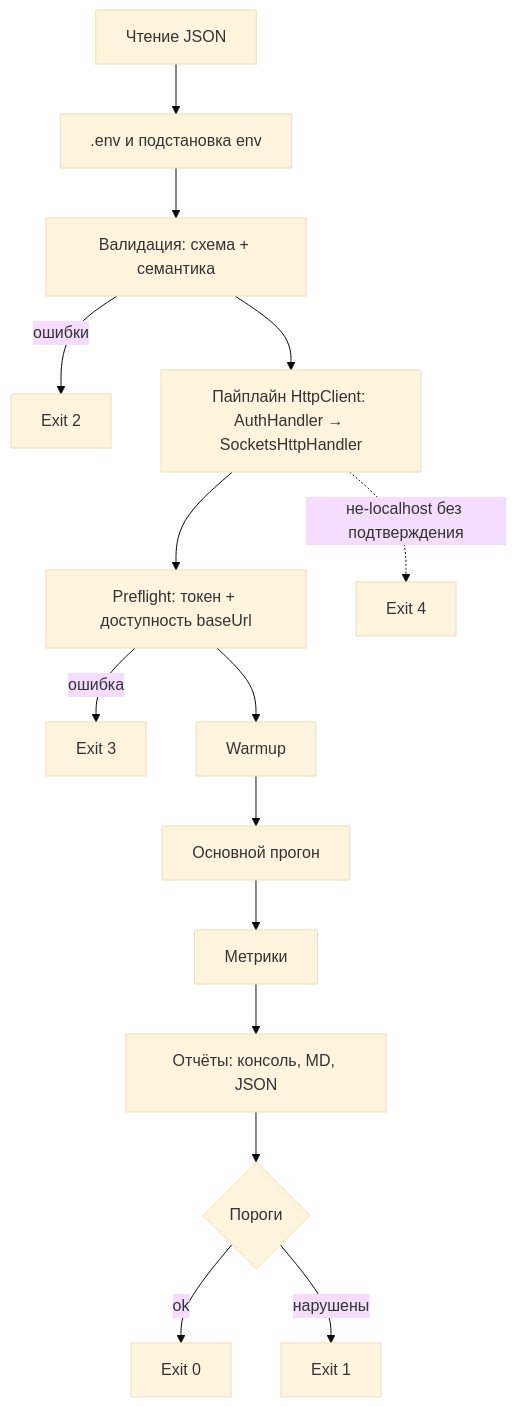
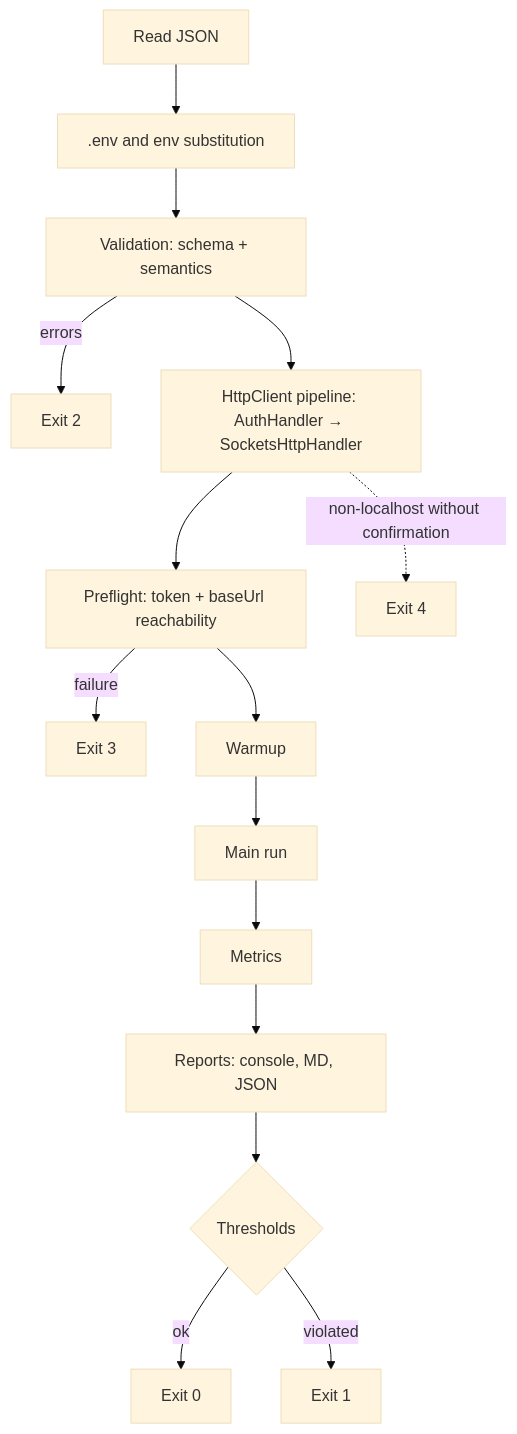
The second of 2 diagrams in docs/architecture/OVERVIEW.md (zhiganik/LoadKit), drawn with Mermaid (base theme) before and after one commit. The commit also changed other lines of this file and 25 other files, not shown here.

````diff
--- a/docs/architecture/OVERVIEW.md
+++ b/docs/architecture/OVERVIEW.md
@@ -50,17 +50,17 @@
 ```mermaid
 flowchart TD
-    A[Чтение JSON] --> B[.env и подстановка env]
-    B --> C[Валидация: схема + семантика]
-    C -->|ошибки| X2[Exit 2]
-    C --> D[Пайплайн HttpClient: AuthHandler → SocketsHttpHandler]
-    D --> E[Preflight: токен + доступность baseUrl]
-    E -->|ошибка| X3[Exit 3]
+    A[Read JSON] --> B[.env and env substitution]
+    B --> C[Validation: schema + semantics]
+    C -->|errors| X2[Exit 2]
+    C --> D[HttpClient pipeline: AuthHandler → SocketsHttpHandler]
+    D --> E[Preflight: token + baseUrl reachability]
+    E -->|failure| X3[Exit 3]
     E --> F[Warmup]
-    F --> G[Основной прогон]
-    G --> H[Метрики]
-    H --> I[Отчёты: консоль, MD, JSON]
-    I --> J{Пороги}
+    F --> G[Main run]
+    G --> H[Metrics]
+    H --> I[Reports: console, MD, JSON]
+    I --> J{Thresholds}
     J -->|ok| X0[Exit 0]
-    J -->|нарушены| X1[Exit 1]
-    D -.->|не-localhost без подтверждения| X4[Exit 4]
+    J -->|violated| X1[Exit 1]
+    D -.->|non-localhost without confirmation| X4[Exit 4]
 ```
````
